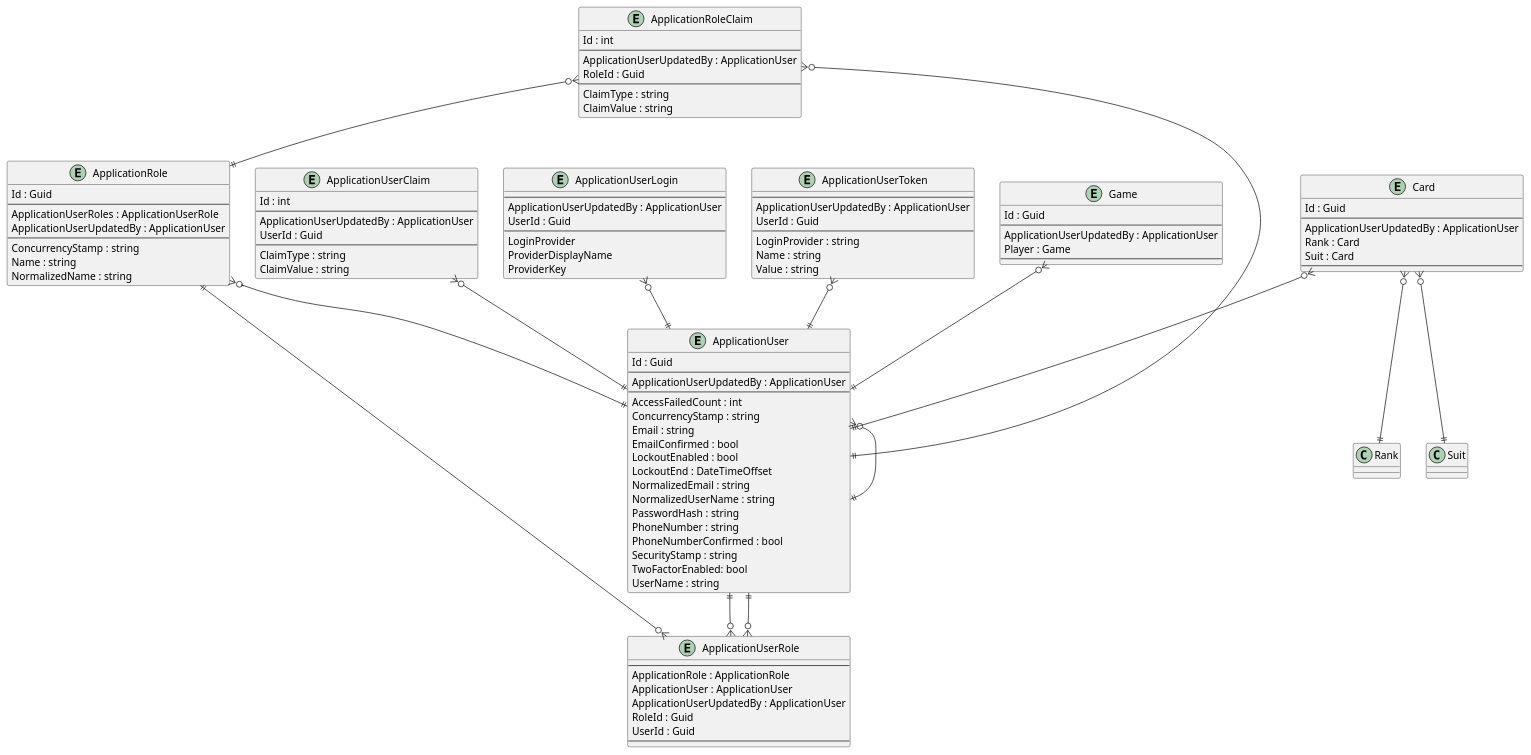
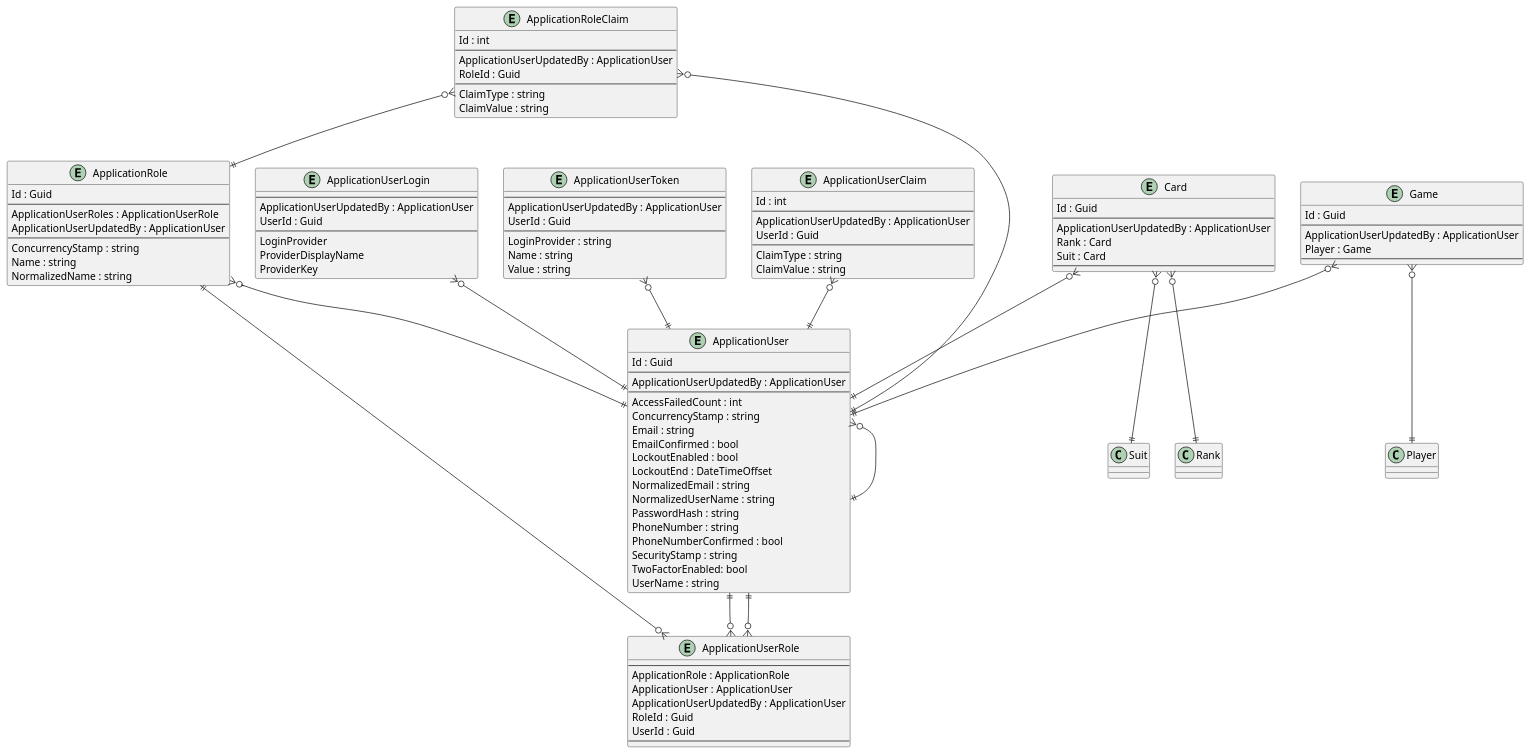
The diagram in .docs/Intrepion.KlondikeSolitaire.pu (intrepion/intrepion_klondike-solitaire_csharp), drawn with PlantUML before and after one commit.

```diff
--- a/.docs/Intrepion.KlondikeSolitaire.pu
+++ b/.docs/Intrepion.KlondikeSolitaire.pu
@@ -1,126 +1,127 @@
 @startuml
 
 entity ApplicationRole {
     Id : Guid
     --
     ApplicationUserRoles : ApplicationUserRole
     ApplicationUserUpdatedBy : ApplicationUser
     --
     ConcurrencyStamp : string
     Name : string
     NormalizedName : string
 }
 
 entity ApplicationRoleClaim {
     Id : int
     --
     ApplicationUserUpdatedBy : ApplicationUser
     RoleId : Guid
     --
     ClaimType : string
     ClaimValue : string
 }
 
 entity ApplicationUser {
     Id : Guid
     --
     ApplicationUserUpdatedBy : ApplicationUser
     ' ApplicationUserKeyCodePlaceholder
     --
     AccessFailedCount : int
     ConcurrencyStamp : string
     Email : string
     EmailConfirmed : bool
     LockoutEnabled : bool
     LockoutEnd : DateTimeOffset
     NormalizedEmail : string
     NormalizedUserName : string
     PasswordHash : string
     PhoneNumber : string
     PhoneNumberConfirmed : bool
     SecurityStamp : string
     TwoFactorEnabled: bool
     UserName : string
 }
 
 entity ApplicationUserClaim {
     Id : int
     --
     ApplicationUserUpdatedBy : ApplicationUser
     UserId : Guid
     --
     ClaimType : string
     ClaimValue : string
 }
 
 entity ApplicationUserLogin {
     --
     ApplicationUserUpdatedBy : ApplicationUser
     UserId : Guid
     --
     LoginProvider
     ProviderDisplayName
     ProviderKey
 }
 
 entity ApplicationUserRole {
     --
     ApplicationRole : ApplicationRole
     ApplicationUser : ApplicationUser
     ApplicationUserUpdatedBy : ApplicationUser
     RoleId : Guid
     UserId : Guid
     --
 }
 
 entity ApplicationUserToken {
     --
     ApplicationUserUpdatedBy : ApplicationUser
     UserId : Guid
     --
     LoginProvider : string
     Name : string
     Value : string
 }
 
 entity Card {
     Id : Guid
     --
     ApplicationUserUpdatedBy : ApplicationUser
     Rank : Card
     Suit : Card
     ' CardKeyCodePlaceholder
     --
     ' CardPropertyCodePlaceholder
 }
 
 entity Game {
     Id : Guid
     --
     ApplicationUserUpdatedBy : ApplicationUser
     Player : Game
     ' GameKeyCodePlaceholder
     --
     ' GamePropertyCodePlaceholder
 }
 
 ' EntityCodePlaceholder
 
 ApplicationRole ||--o{ ApplicationUserRole
 ApplicationRole }o--|| ApplicationUser
 ApplicationRoleClaim }o--|| ApplicationRole
 ApplicationRoleClaim }o--|| ApplicationUser
 ApplicationUser }o--|| ApplicationUser
 ApplicationUser ||--o{ ApplicationUserRole
 ApplicationUserClaim }o--|| ApplicationUser
 ApplicationUserLogin }o--|| ApplicationUser
 ApplicationUserRole }o--|| ApplicationUser
 ApplicationUserToken }o--|| ApplicationUser
 
 Card }o--|| ApplicationUser
 Card }o--|| Rank
 Card }o--|| Suit
 Game }o--|| ApplicationUser
+Game }o--|| Player
 ' RelationshipCodePlaceholder
 
 @enduml
```
